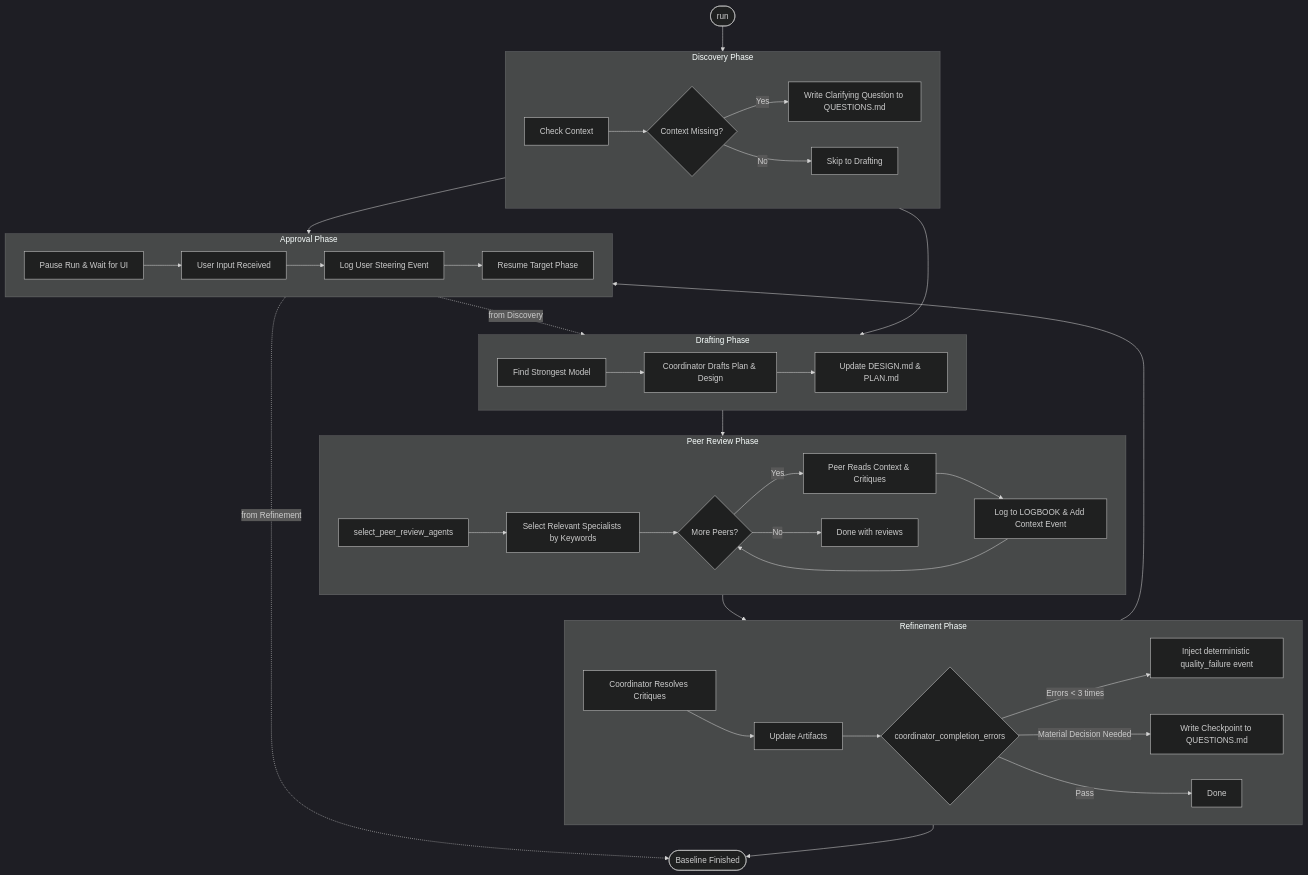
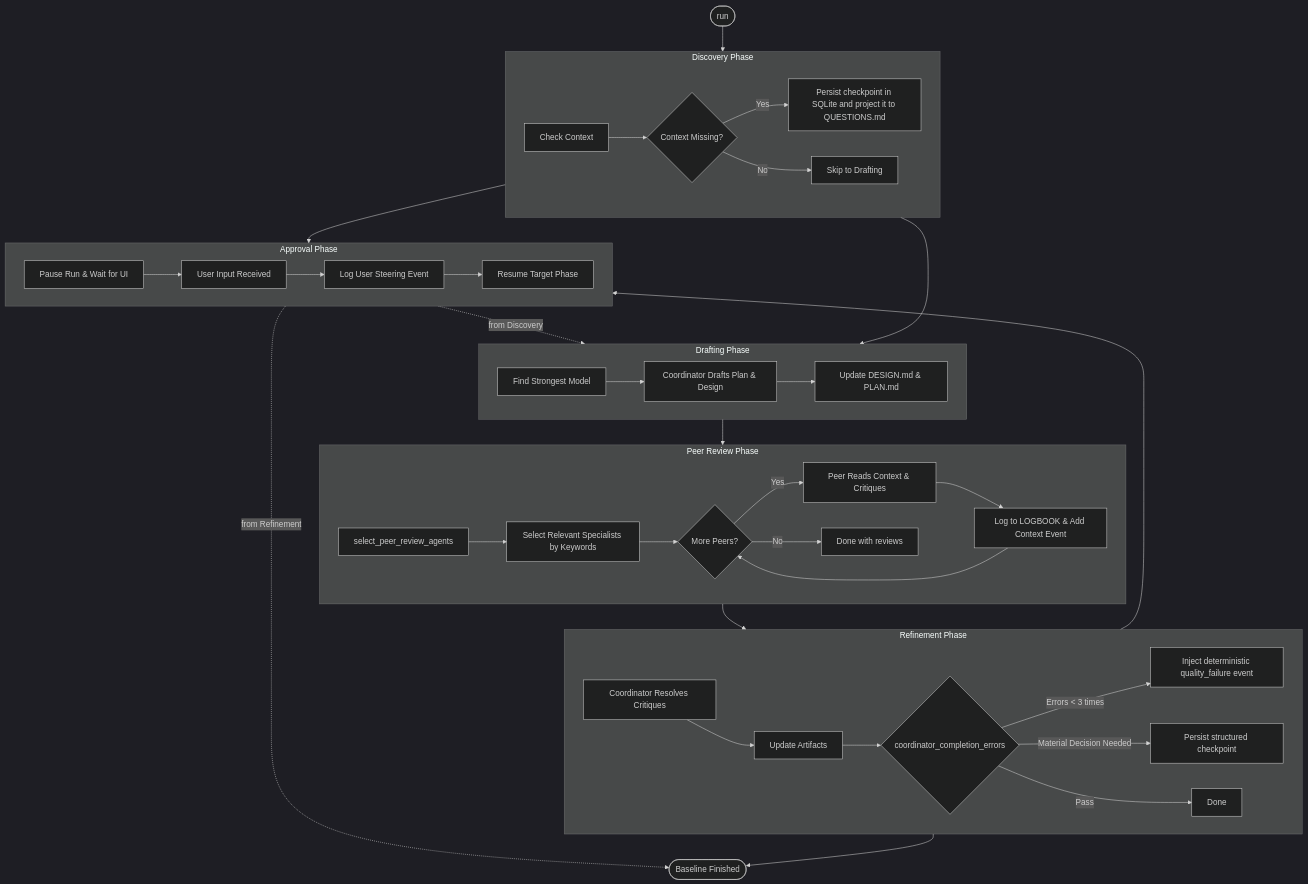
The second of 5 diagrams in docs/ARCHITECTURE.md (ankurv/DesignFlow), drawn with Mermaid (dark theme) before and after one commit. The commit also changed other lines of this file and 11 other files, not shown here.

````diff
--- a/docs/ARCHITECTURE.md
+++ b/docs/ARCHITECTURE.md
@@ -49,59 +54,59 @@
 ```mermaid
 flowchart TD
     %% Entry Point
     Init([run]) --> DiscoveryPhase
 
     subgraph DiscoveryPhase["Discovery Phase"]
         direction LR
         D1[Check Context] --> D2{Context Missing?}
-        D2 -->|Yes| D3[Write Clarifying Question to QUESTIONS.md]
+        D2 -->|Yes| D3[Persist checkpoint in SQLite and project it to QUESTIONS.md]
         D2 -->|No| D4[Skip to Drafting]
     end
     
     subgraph DraftingPhase["Drafting Phase"]
         direction LR
         Dr1[Find Strongest Model] --> Dr2[Coordinator Drafts Plan & Design]
         Dr2 --> Dr3[Update DESIGN.md & PLAN.md]
     end
 
     subgraph PeerReviewPhase["Peer Review Phase"]
         direction LR
         P1[select_peer_review_agents] --> P2[Select Relevant Specialists by Keywords]
         P2 --> P3{More Peers?}
         P3 -->|Yes| P4[Peer Reads Context & Critiques]
         P4 --> P5[Log to LOGBOOK & Add Context Event]
         P5 --> P3
         P3 -->|No| P6[Done with reviews]
     end
 
     subgraph RefinementPhase["Refinement Phase"]
         direction LR
         R1[Coordinator Resolves Critiques] --> R2[Update Artifacts]
         R2 --> R3{coordinator_completion_errors}
         R3 -->|Errors < 3 times| R4[Inject deterministic quality_failure event]
-        R3 -->|Material Decision Needed| R5[Write Checkpoint to QUESTIONS.md]
+        R3 -->|Material Decision Needed| R5[Persist structured checkpoint]
         R3 -->|Pass| R6[Done]
     end
 
     subgraph ApprovalPhase["Approval Phase"]
         direction LR
         A1[Pause Run & Wait for UI] --> A2[User Input Received]
         A2 --> A3[Log User Steering Event]
         A3 --> A4[Resume Target Phase]
     end
 
     %% Transitions
     D4 --> DraftingPhase
     D3 --> ApprovalPhase
     
     DraftingPhase --> PeerReviewPhase
     
     PeerReviewPhase --> RefinementPhase
     
     R4 --> RefinementPhase
     R5 --> ApprovalPhase
     R6 --> Complete([Baseline Finished])
     
     ApprovalPhase -.->|from Discovery| DraftingPhase
     ApprovalPhase -.->|from Refinement| Complete
 ```
````
